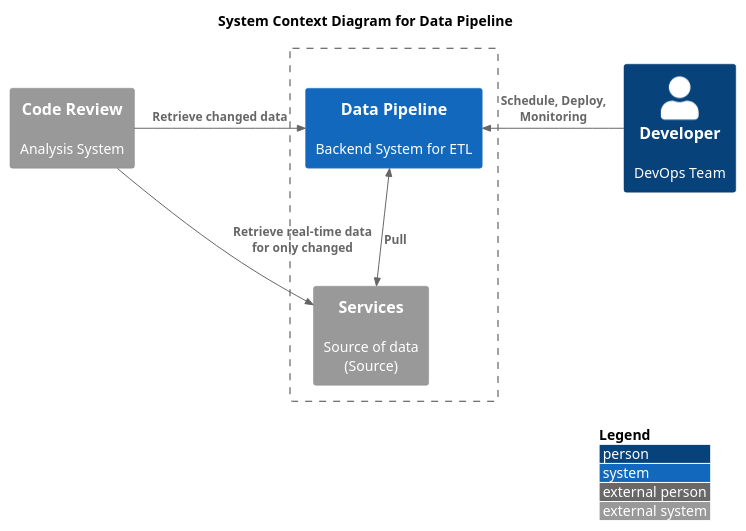
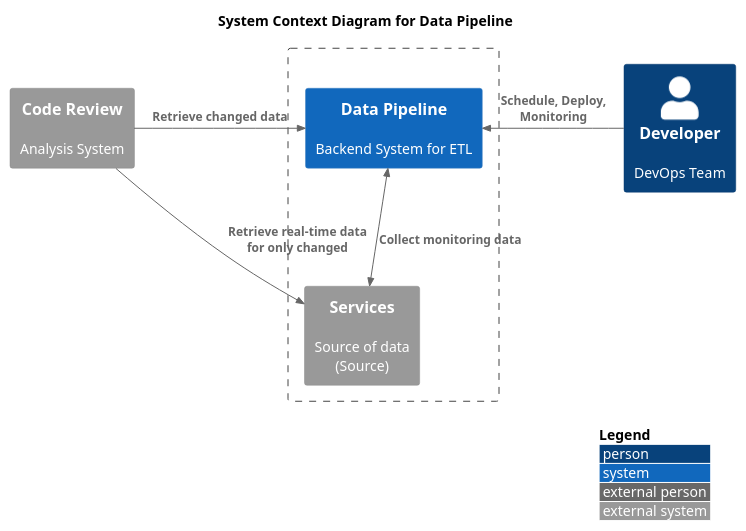
Before and after one commit to yanghoon/obsidian-workspace: the first of 2 diagrams in _diary/2024-06-19.md, drawn with PlantUML.

Commit message:
vault backup: 2024-06-21 19:32:03

````diff
--- a/_diary/2024-06-19.md
+++ b/_diary/2024-06-19.md
@@ -3,21 +3,20 @@
 ```plantuml
 !include <C4/C4_Context.puml>
 
 LAYOUT_TOP_DOWN()
 LAYOUT_WITH_LEGEND()
 
 title System Context Diagram for Data Pipeline
 
 System_Ext(analysis, "Code Review", "Analysis System")
 Boundary(system, "") {
 	System_Ext(service, "Services", "Source of data\n(Source)")
 	System(app, "Data Pipeline", "Backend System for ETL")
 }
 Person(developer, "Developer", "DevOps Team")
 
 Rel_Right(analysis, app, "Retrieve changed data")
 Rel_Right(analysis, service, "Retrieve real-time data for only changed")
 Rel_Left(developer, app, "Schedule, Deploy, Monitoring")
-BiRel(app, service, "Pull")
-' Rel(service, app, "Push")
+BiRel(app, service, "Collect monitoring data")
 ```
````
